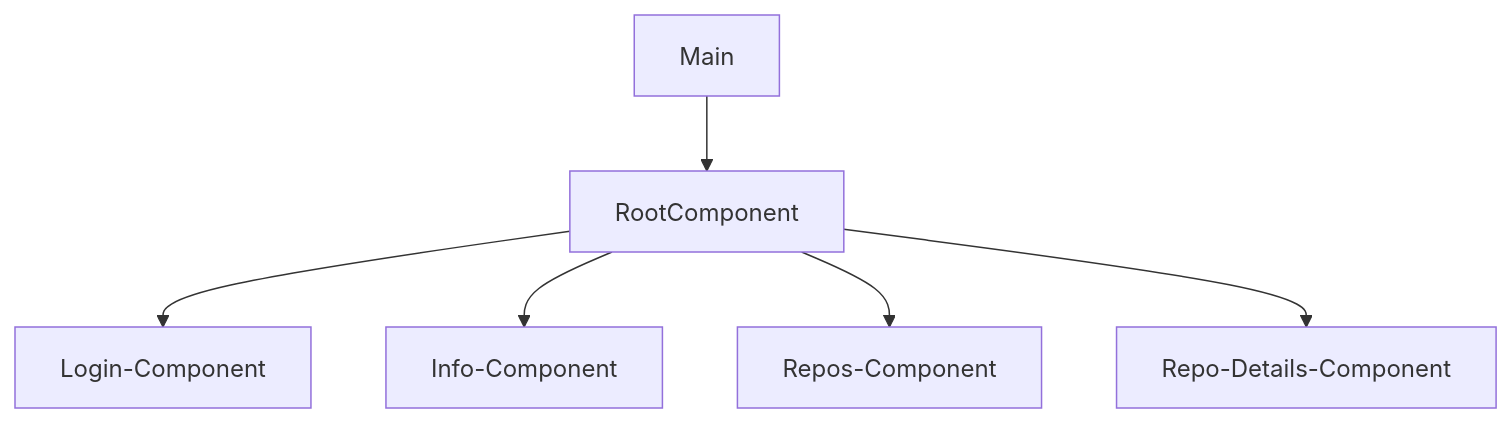
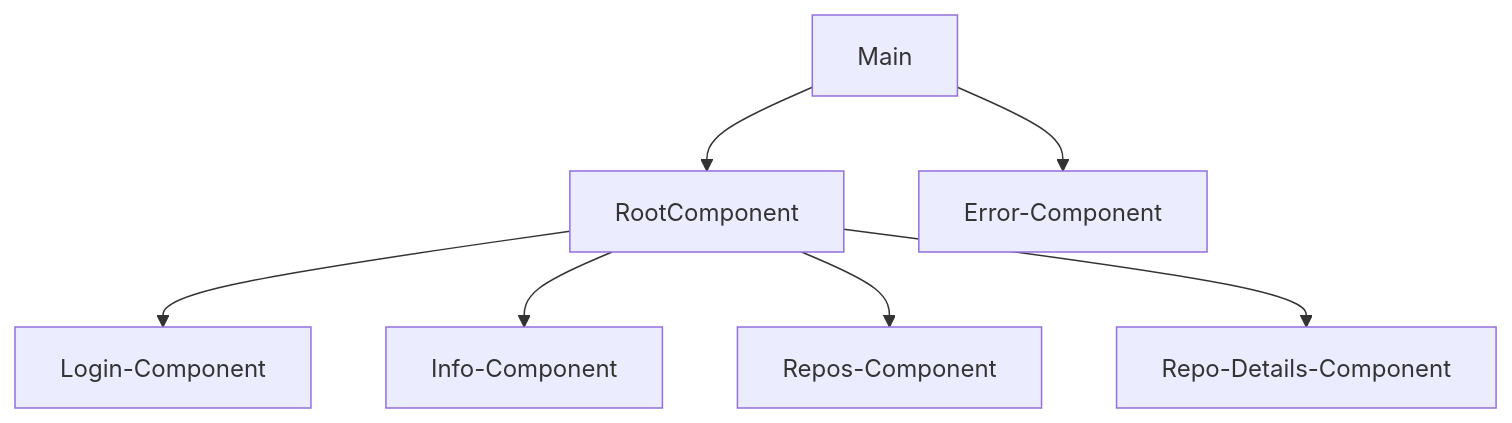
The diagram in README.md (Mucorp/books), drawn with Mermaid before and after one commit. The commit also changed other lines of this file, not shown here.

````diff
--- a/README.md
+++ b/README.md
@@ -51,9 +43,10 @@
 ```mermaid
 graph TD;
   Main-->RootComponent;
+  Main-->Error-Component;
   RootComponent-->Login-Component
   RootComponent-->Info-Component
   RootComponent-->Repos-Component
   RootComponent-->Repo-Details-Component
-
+  
 ```
````
